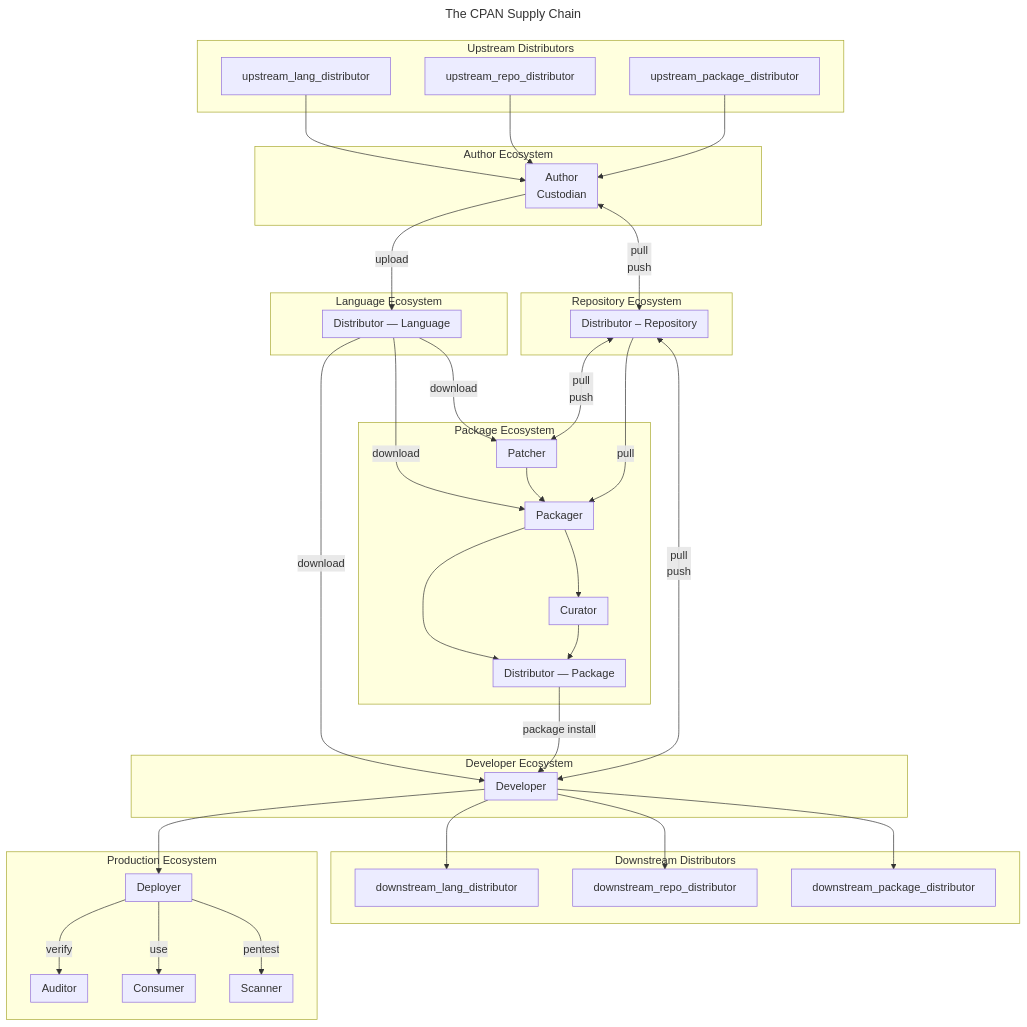
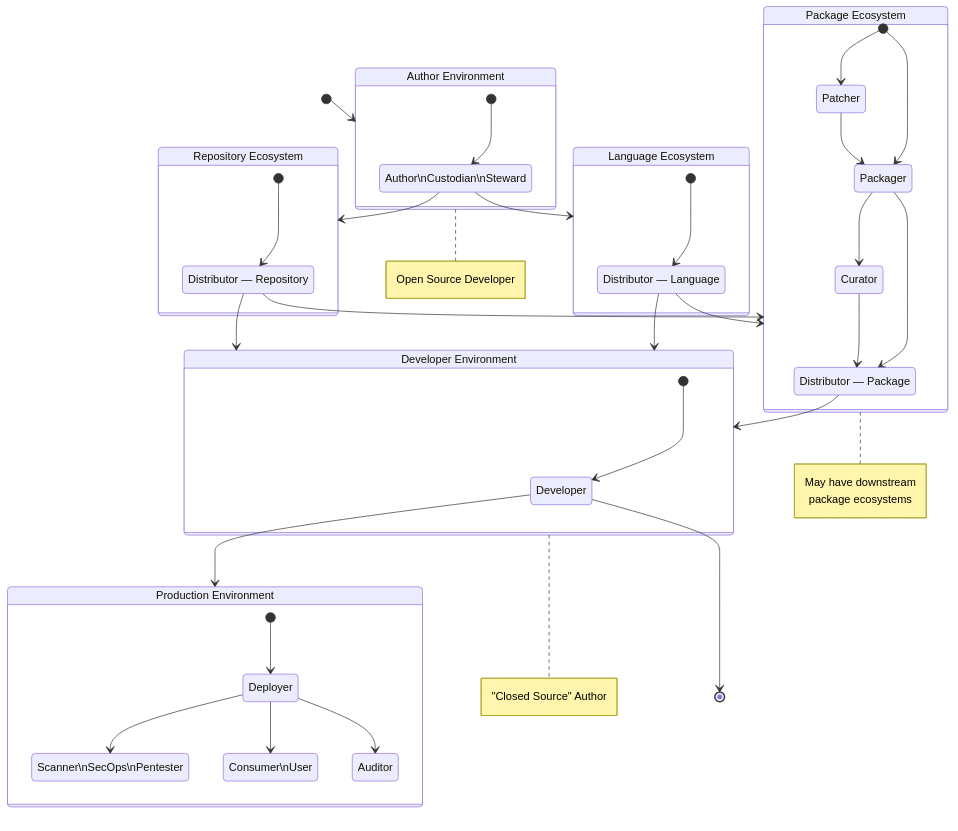
Before and after one commit to CPAN-Security/security.metacpan.org: the diagram in docs/CPAN-supplychain.md, drawn with Mermaid. The commit also changed other lines of this file and 1 other file, not shown here.

Commit message:
Create simplified page, with project description

````diff
--- a/docs/CPAN-supplychain.md
+++ b/docs/CPAN-supplychain.md
@@ -1,109 +16,80 @@
 ```mermaid
----
-title: The CPAN Supply Chain
----
-flowchart TD
-    subgraph ecosystem_upstream [Upstream Distributors]
-        upstream_lang_distributor
-        upstream_repo_distributor
-        upstream_package_distributor
-    end
+stateDiagram-v2
+    state "Author\nCustodian\nSteward" as author
+    state "Distributor — Repository" as distributor_repo 
+    state "Distributor — Language" as distributor_lang 
+    state "Distributor — Package" as distributor_package
+    state "Patcher" as patcher
+    state "Packager" as packager
+    state "Curator" as curator
+    state "Developer" as developer
+    state "Deployer" as deployer
+    state "Scanner\nSecOps\nPentester" as scanner
+    state "Consumer\nUser" as consumer
+    state "Auditor" as auditor
 
-    subgraph ecosystem_author [Author Ecosystem]
-        author
-    end
+	[*] --> ecosystem_author
 
-    subgraph ecosystem_lang [Language Ecosystem]
-        distributor_lang
-    end
+	state "Author Environment" as ecosystem_author {
+    	[*] --> author
+    }
 
-    subgraph ecosystem_repo [Repository Ecosystem]
-        distributor_repo
-    end
+    author --> ecosystem_repo
+    author --> ecosystem_lang
 
-    subgraph ecosystem_package [Package Ecosystem]
-        patcher
-        packager
-        curator
-        distributor_package
-    end
+	note right of ecosystem_author
+		Open Source Developer
+	end note
 
-    subgraph ecosystem_developer [Developer Ecosystem]
-        developer
-    end
+    state "Language Ecosystem" as ecosystem_lang {
+    	[*] --> distributor_lang
+    }
 
-    subgraph ecosystem_production [Production Ecosystem]
-        deployer
-        scanner
-        consumer
-        auditor
-    end
+	distributor_lang --> ecosystem_developer
+	distributor_lang --> ecosystem_package
 
-    subgraph ecosystem_downstream [Downstream Distributors]
-        downstream_lang_distributor
-        downstream_repo_distributor
-        downstream_package_distributor
-    end
+	state "Repository Ecosystem" as ecosystem_repo {
+		[*] --> distributor_repo
+	}
 
-    subgraph author [Author\nCustodian]
-    end
+   	distributor_repo --> ecosystem_package
+    distributor_repo --> ecosystem_developer
 
-    subgraph distributor_repo [Distributor – Repository]
-    end
+	state "Package Ecosystem" as ecosystem_package {
+		[*] --> patcher
+		[*] --> packager
+    	patcher --> packager
+    	packager --> curator
+    	packager --> distributor_package
+    	curator --> distributor_package
+	}
 
-    subgraph distributor_lang [Distributor — Language]
-    end
+	note right of ecosystem_package
+		May have downstream
+		package ecosystems
+	end note
 
-    subgraph distributor_package [Distributor — Package]
-    end
+    distributor_package --> ecosystem_developer
 
-    subgraph patcher [Patcher]
-    end
+	state "Developer Environment" as ecosystem_developer {
+		[*] --> developer
+	}
 
-    subgraph packager [Packager]
-    end
+	note right of ecosystem_developer
+		"Closed Source" Author
+	end note
 
-    subgraph curator [Curator]
-    end
+    developer --> ecosystem_prod
 
-    subgraph developer [Developer]
-    end
+	state "Production Environment" as ecosystem_prod {
+		[*] --> deployer
+    	deployer --> scanner
+    	deployer --> consumer
+    	deployer --> auditor
 
-    subgraph deployer [Deployer]
-    end
+	}
 
-    subgraph scanner [Scanner]
-    end
+    developer --> [*]
 
-    subgraph consumer [Consumer]
-    end
-
-    subgraph auditor [Auditor]
-    end
-
-    upstream_lang_distributor --> author
-    upstream_repo_distributor --> author
-    upstream_package_distributor --> author
-    author -->|upload| distributor_lang
-    distributor_lang -->|download| developer
-    distributor_lang -->|download| packager
-    distributor_lang -->|download| patcher
-    patcher --> packager
-    packager --> distributor_package
-    packager --> curator
-    curator --> distributor_package
-    developer --> deployer
-    developer --> downstream_repo_distributor
-    developer --> downstream_lang_distributor
-    developer --> downstream_package_distributor
-    distributor_package -->|package install| developer
-    deployer -->|pentest| scanner
-    deployer -->|use| consumer
-    deployer -->|verify| auditor
-
-    author <-->|pull\npush| distributor_repo
-    distributor_repo -->|pull| packager
-    distributor_repo <-->|pull\npush| patcher
-    distributor_repo <-->|pull\npush| developer
 
 ```
````
